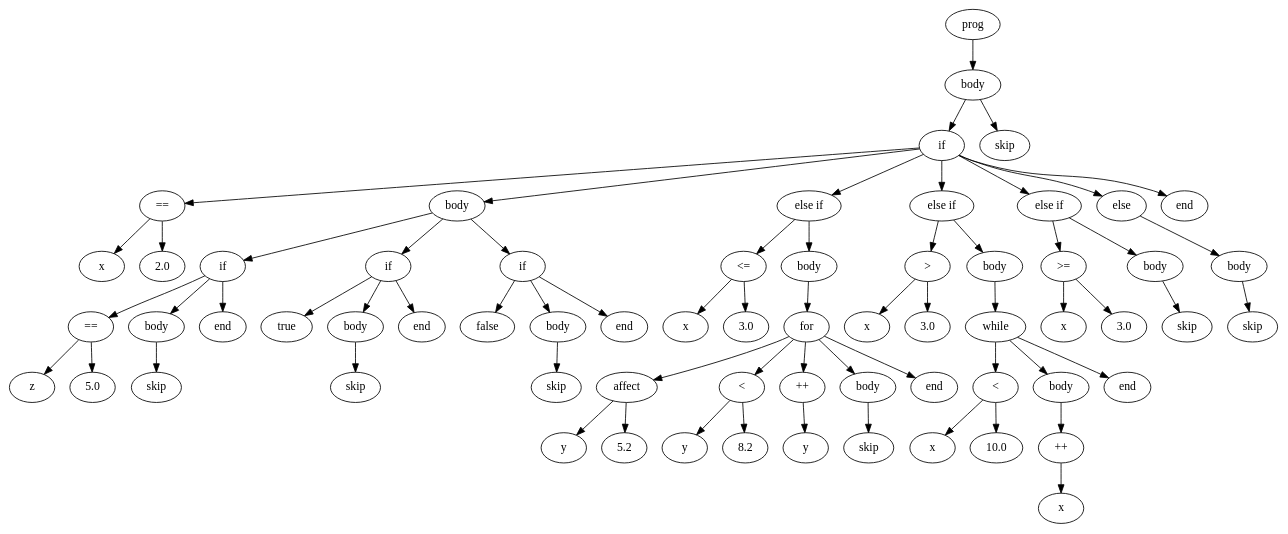
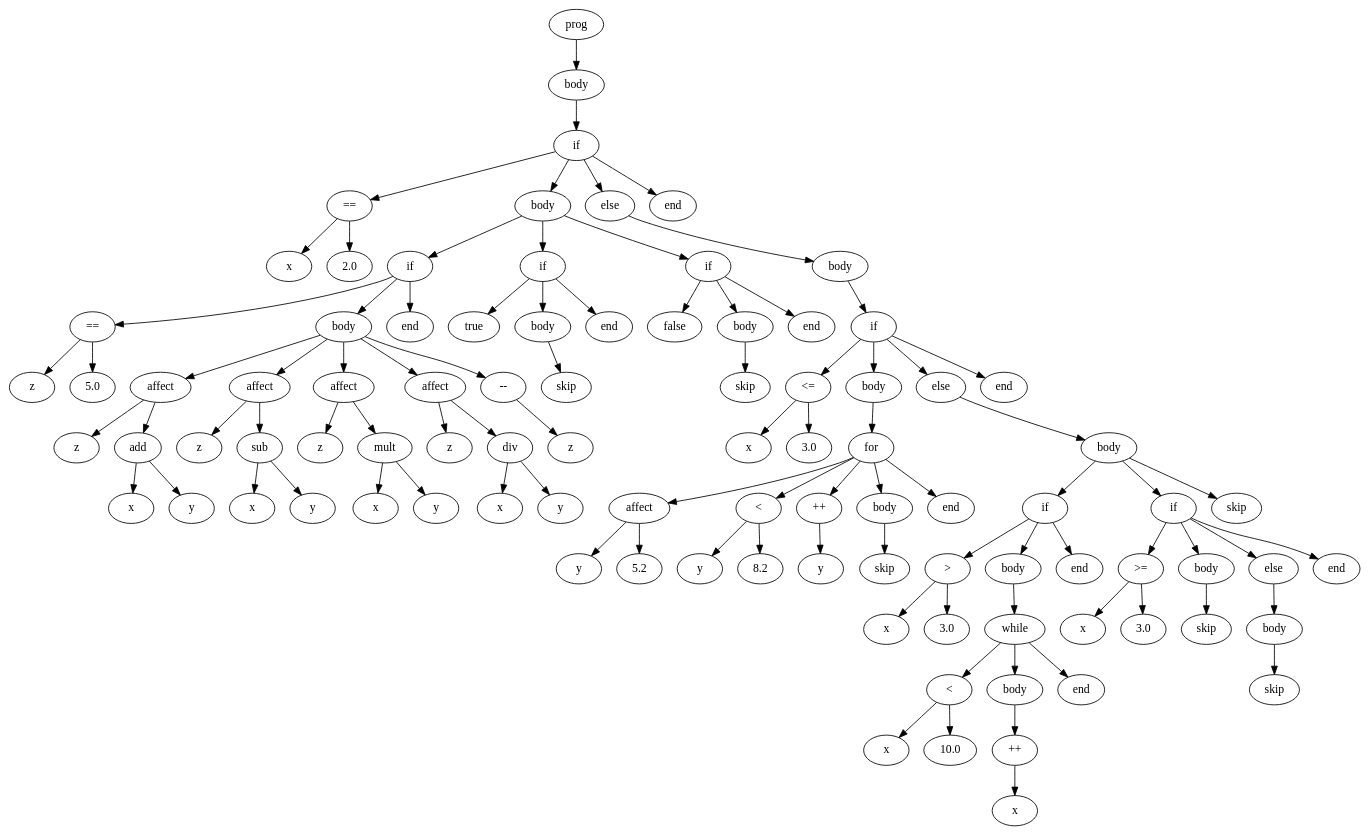
One commit to Adre4m/Compilation changed the diagram in test.dot. Above: the diagram before and after it, drawn with Graphviz. The commit also changed 53 other files, not shown here.

```diff
--- a/test.dot
+++ b/test.dot
@@ -1,131 +1,187 @@
 digraph graphname {
-65 [label="prog"];
-64 [label="body"];
-62 [label="if"];
+94 [label="prog"];
+93 [label="body"];
+92 [label="if"];
 3 [label="=="];
 0 [label="x"];
 3 -> 0;
 1 [label="2.0"];
 3 -> 1;
-62 -> 3;
-19 [label="body"];
-10 [label="if"];
+92 -> 3;
+44 [label="body"];
+35 [label="if"];
 7 [label="=="];
 4 [label="z"];
 7 -> 4;
 5 [label="5.0"];
 7 -> 5;
-10 -> 7;
-9 [label="body"];
-8 [label="skip"];
-9 -> 8;
-10 -> 9;
-66 [label="end"];
-10 -> 66;
-19 -> 10;
-14 [label="if"];
-11 [label="true"];
-14 -> 11;
-13 [label="body"];
-12 [label="skip"];
+35 -> 7;
+34 [label="body"];
+13 [label="affect"];
+12 [label="z"];
 13 -> 12;
-14 -> 13;
-67 [label="end"];
-14 -> 67;
-19 -> 14;
-18 [label="if"];
-15 [label="false"];
-18 -> 15;
-17 [label="body"];
-16 [label="skip"];
-17 -> 16;
-18 -> 17;
-68 [label="end"];
-18 -> 68;
+11 [label="add"];
+8 [label="x"];
+11 -> 8;
+9 [label="y"];
+11 -> 9;
+13 -> 11;
+34 -> 13;
+19 [label="affect"];
+18 [label="z"];
 19 -> 18;
-62 -> 19;
-37 [label="else if"];
-23 [label="<="];
+17 [label="sub"];
+14 [label="x"];
+17 -> 14;
+15 [label="y"];
+17 -> 15;
+19 -> 17;
+34 -> 19;
+25 [label="affect"];
+24 [label="z"];
+25 -> 24;
+23 [label="mult"];
 20 [label="x"];
 23 -> 20;
-21 [label="3.0"];
+21 [label="y"];
 23 -> 21;
-37 -> 23;
-36 [label="body"];
-35 [label="for"];
-26 [label="affect"];
-25 [label="y"];
-26 -> 25;
-24 [label="5.2"];
-26 -> 24;
-35 -> 26;
-32 [label="<"];
-29 [label="y"];
-32 -> 29;
-30 [label="8.2"];
-32 -> 30;
-35 -> 32;
-28 [label="++"];
+25 -> 23;
+34 -> 25;
+31 [label="affect"];
+30 [label="z"];
+31 -> 30;
+29 [label="div"];
+26 [label="x"];
+29 -> 26;
 27 [label="y"];
-28 -> 27;
-35 -> 28;
-34 [label="body"];
-33 [label="skip"];
+29 -> 27;
+31 -> 29;
+34 -> 31;
+33 [label="--"];
+32 [label="z"];
+33 -> 32;
 34 -> 33;
 35 -> 34;
-69 [label="end"];
-35 -> 69;
-36 -> 35;
-37 -> 36;
-62 -> 37;
-51 [label="else if"];
-41 [label=">"];
-38 [label="x"];
-41 -> 38;
-39 [label="3.0"];
-41 -> 39;
-51 -> 41;
-50 [label="body"];
-49 [label="while"];
-45 [label="<"];
-42 [label="x"];
-45 -> 42;
-43 [label="10.0"];
-45 -> 43;
-49 -> 45;
-48 [label="body"];
-47 [label="++"];
-46 [label="x"];
-47 -> 46;
-48 -> 47;
-49 -> 48;
-70 [label="end"];
-49 -> 70;
-50 -> 49;
+95 [label="end"];
+35 -> 95;
+44 -> 35;
+39 [label="if"];
+36 [label="true"];
+39 -> 36;
+38 [label="body"];
+37 [label="skip"];
+38 -> 37;
+39 -> 38;
+96 [label="end"];
+39 -> 96;
+44 -> 39;
+43 [label="if"];
+40 [label="false"];
+43 -> 40;
+42 [label="body"];
+41 [label="skip"];
+42 -> 41;
+43 -> 42;
+97 [label="end"];
+43 -> 97;
+44 -> 43;
+92 -> 44;
+91 [label="else"];
+90 [label="body"];
+89 [label="if"];
+48 [label="<="];
+45 [label="x"];
+48 -> 45;
+46 [label="3.0"];
+48 -> 46;
+89 -> 48;
+61 [label="body"];
+60 [label="for"];
+51 [label="affect"];
+50 [label="y"];
 51 -> 50;
-62 -> 51;
-58 [label="else if"];
-55 [label=">="];
-52 [label="x"];
-55 -> 52;
-53 [label="3.0"];
-55 -> 53;
-58 -> 55;
-57 [label="body"];
-56 [label="skip"];
-57 -> 56;
-58 -> 57;
-62 -> 58;
-61 [label="else"];
-60 [label="body"];
-59 [label="skip"];
+49 [label="5.2"];
+51 -> 49;
+60 -> 51;
+57 [label="<"];
+54 [label="y"];
+57 -> 54;
+55 [label="8.2"];
+57 -> 55;
+60 -> 57;
+53 [label="++"];
+52 [label="y"];
+53 -> 52;
+60 -> 53;
+59 [label="body"];
+58 [label="skip"];
+59 -> 58;
 60 -> 59;
+98 [label="end"];
+60 -> 98;
 61 -> 60;
-62 -> 61;
-71 [label="end"];
-62 -> 71;
-64 -> 62;
-63 [label="skip"];
-64 -> 63;
-65 -> 64;
+89 -> 61;
+88 [label="else"];
+87 [label="body"];
+75 [label="if"];
+65 [label=">"];
+62 [label="x"];
+65 -> 62;
+63 [label="3.0"];
+65 -> 63;
+75 -> 65;
+74 [label="body"];
+73 [label="while"];
+69 [label="<"];
+66 [label="x"];
+69 -> 66;
+67 [label="10.0"];
+69 -> 67;
+73 -> 69;
+72 [label="body"];
+71 [label="++"];
+70 [label="x"];
+71 -> 70;
+72 -> 71;
+73 -> 72;
+99 [label="end"];
+73 -> 99;
+74 -> 73;
+75 -> 74;
+100 [label="end"];
+75 -> 100;
+87 -> 75;
+85 [label="if"];
+79 [label=">="];
+76 [label="x"];
+79 -> 76;
+77 [label="3.0"];
+79 -> 77;
+85 -> 79;
+81 [label="body"];
+80 [label="skip"];
+81 -> 80;
+85 -> 81;
+84 [label="else"];
+83 [label="body"];
+82 [label="skip"];
+83 -> 82;
+84 -> 83;
+85 -> 84;
+101 [label="end"];
+85 -> 101;
+87 -> 85;
+86 [label="skip"];
+87 -> 86;
+88 -> 87;
+89 -> 88;
+102 [label="end"];
+89 -> 102;
+90 -> 89;
+91 -> 90;
+92 -> 91;
+103 [label="end"];
+92 -> 103;
+93 -> 92;
+94 -> 93;
 }
```
